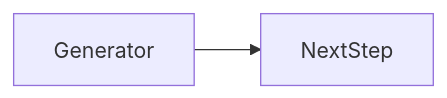
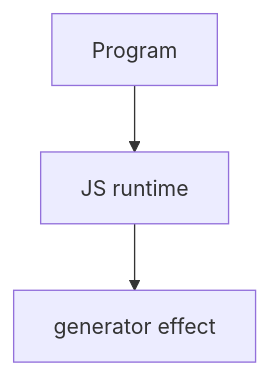
Before and after one commit to OmidJavaherii/Frontend-Engineering-Handbook: the second of 2 diagrams in docs/en/06-javascript/generator/index.md, drawn with Mermaid. The commit also changed other lines of this file and 461 other files, not shown here.

````diff
--- a/docs/en/06-javascript/generator/index.md
+++ b/docs/en/06-javascript/generator/index.md
@@ -94,4 +110,5 @@
 ```mermaid
-flowchart LR
-  concept[Generator] --> nextStep[NextStep]
+flowchart TD
+  Code[Program] --> Runtime[JS runtime]
+  Runtime --> Effect[generator effect]
 ```
````
